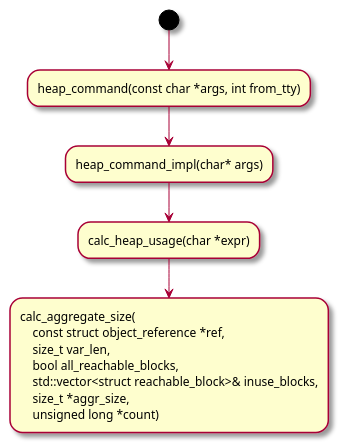
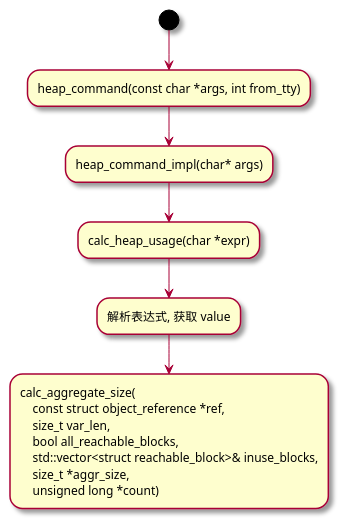
The diagram in src/code_analyzer/heap_usage_activity.puml (mingleeShade/MyPlantUML), drawn with PlantUML before and after one commit. The commit also changed 6 other files, not shown here.

```diff
--- a/src/code_analyzer/heap_usage_activity.puml
+++ b/src/code_analyzer/heap_usage_activity.puml
@@ -1,13 +1,15 @@
-@startuml
+@startuml heap_usage_activity
 ' 通用设置
 skin rose
 
 (*)-->"heap_command(const char *args, int from_tty)" as heap_command
 
 heap_command-->"heap_command_impl(char* args)" as heap_command_impl
 
 heap_command_impl--> "calc_heap_usage(char *expr)" as calc_heap_usage
 
-calc_heap_usage--> "calc_aggregate_size(\n    const struct object_reference *ref, \n    size_t var_len,\n    bool all_reachable_blocks,\n    std::vector<struct reachable_block>& inuse_blocks,\n    size_t *aggr_size,\n    unsigned long *count)" 
+calc_heap_usage-->"解析表达式, 获取 value"
+
+--> "calc_aggregate_size(\n    const struct object_reference *ref, \n    size_t var_len,\n    bool all_reachable_blocks,\n    std::vector<struct reachable_block>& inuse_blocks,\n    size_t *aggr_size,\n    unsigned long *count)" 
 
 @enduml
```
